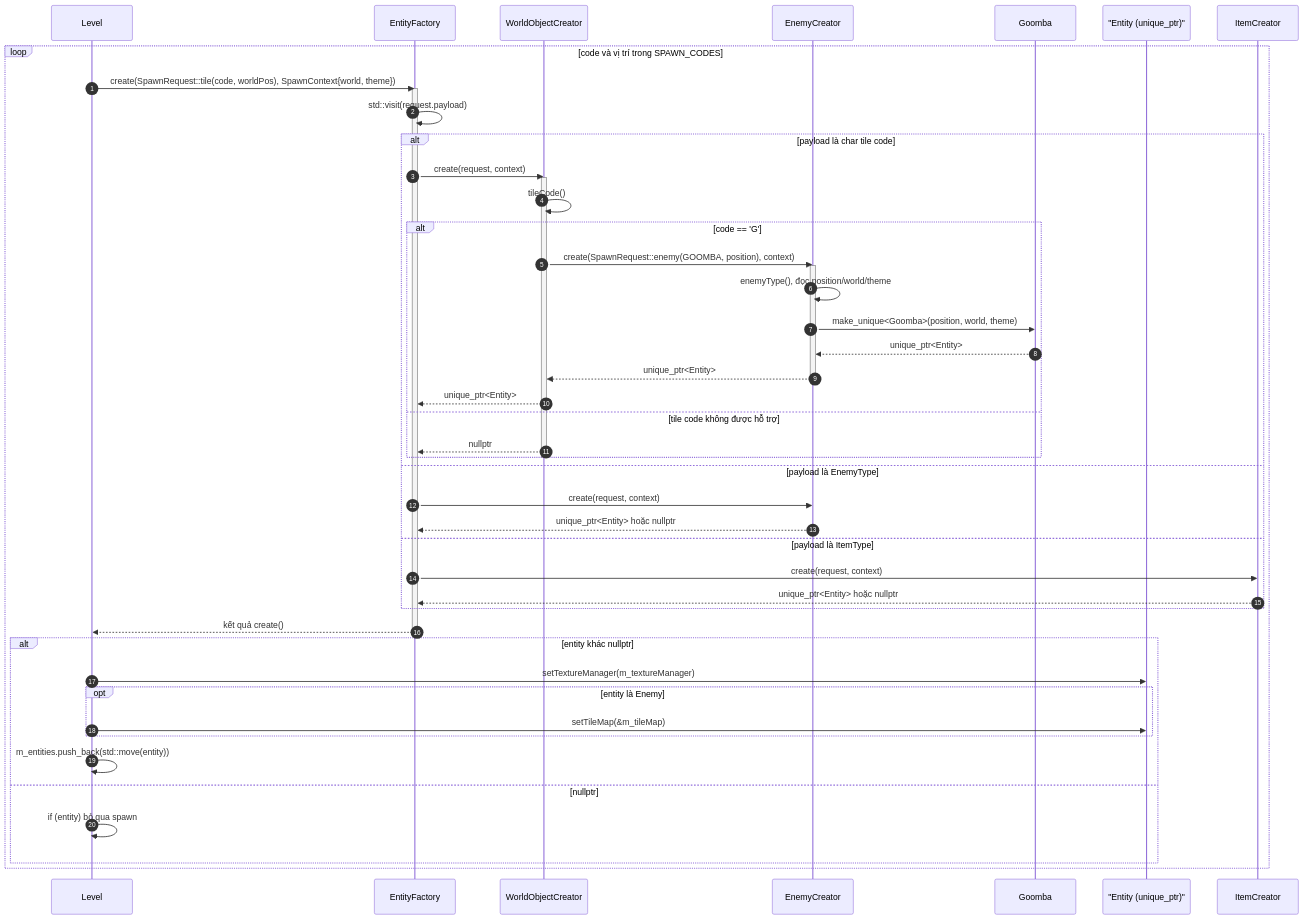
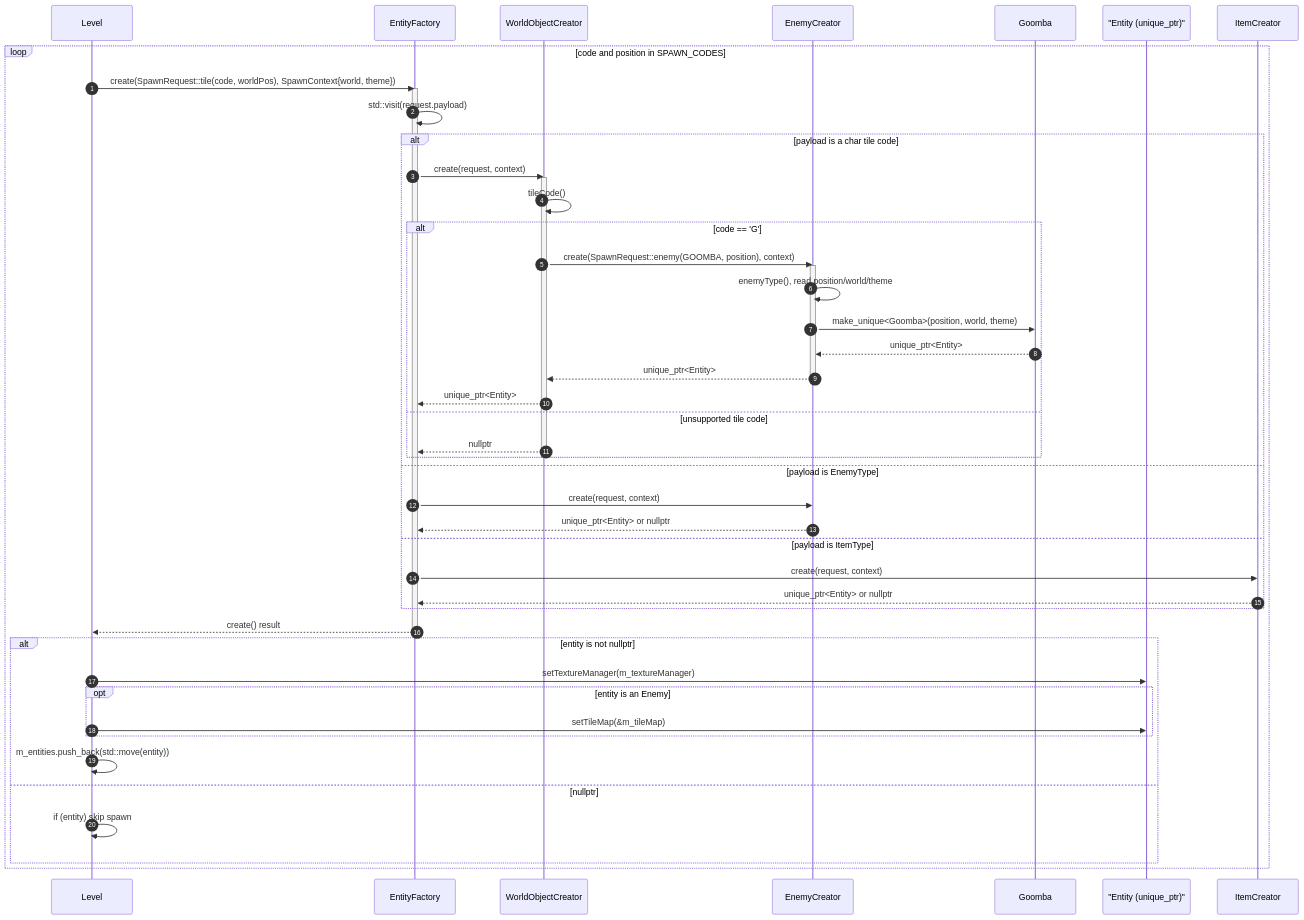
One commit to baoduong2342007/CS202-Group04-FinalProject changed the second of 6 diagrams in docs/design_patterns.md. Above: the diagram before and after it, drawn with Mermaid. The commit also changed other lines of this file and 128 other files, not shown here.

````diff
--- a/docs/design_patterns.md
+++ b/docs/design_patterns.md
@@ -175,53 +179,53 @@
 ```mermaid
 sequenceDiagram
     autonumber
     participant Level as Level
     participant Factory as EntityFactory
     participant World as WorldObjectCreator
     participant Enemy as EnemyCreator
     participant Goomba as Goomba
     participant Entity as "Entity (unique_ptr)"
     participant Item as ItemCreator
 
-    loop code và vị trí trong SPAWN_CODES
+    loop code and position in SPAWN_CODES
         Level->>Factory: create(SpawnRequest::tile(code, worldPos), SpawnContext{world, theme})
         activate Factory
         Factory->>Factory: std::visit(request.payload)
-        alt payload là char tile code
+        alt payload is a char tile code
             Factory->>World: create(request, context)
             activate World
             World->>World: tileCode()
             alt code == 'G'
                 World->>Enemy: create(SpawnRequest::enemy(GOOMBA, position), context)
                 activate Enemy
-                Enemy->>Enemy: enemyType(), đọc position/world/theme
+                Enemy->>Enemy: enemyType(), read position/world/theme
                 Enemy->>Goomba: make_unique<Goomba>(position, world, theme)
                 Goomba-->>Enemy: unique_ptr<Entity>
                 Enemy-->>World: unique_ptr<Entity>
                 deactivate Enemy
                 World-->>Factory: unique_ptr<Entity>
-            else tile code không được hỗ trợ
+            else unsupported tile code
                 World-->>Factory: nullptr
             end
             deactivate World
-        else payload là EnemyType
+        else payload is EnemyType
             Factory->>Enemy: create(request, context)
-            Enemy-->>Factory: unique_ptr<Entity> hoặc nullptr
-        else payload là ItemType
+            Enemy-->>Factory: unique_ptr<Entity> or nullptr
+        else payload is ItemType
             Factory->>Item: create(request, context)
-            Item-->>Factory: unique_ptr<Entity> hoặc nullptr
+            Item-->>Factory: unique_ptr<Entity> or nullptr
         end
-        Factory-->>Level: kết quả create()
+        Factory-->>Level: create() result
         deactivate Factory
 
-        alt entity khác nullptr
+        alt entity is not nullptr
             Level->>Entity: setTextureManager(m_textureManager)
-            opt entity là Enemy
+            opt entity is an Enemy
                 Level->>Entity: setTileMap(&m_tileMap)
             end
             Level->>Level: m_entities.push_back(std::move(entity))
         else nullptr
-            Level->>Level: if (entity) bỏ qua spawn
+            Level->>Level: if (entity) skip spawn
         end
     end
 ```
````
